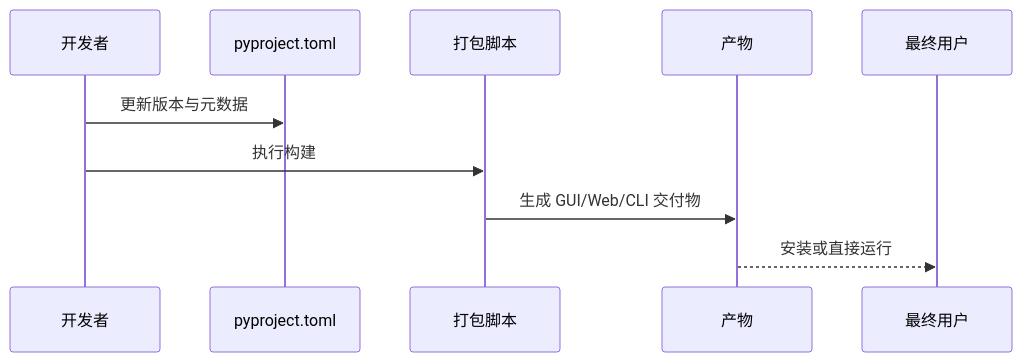
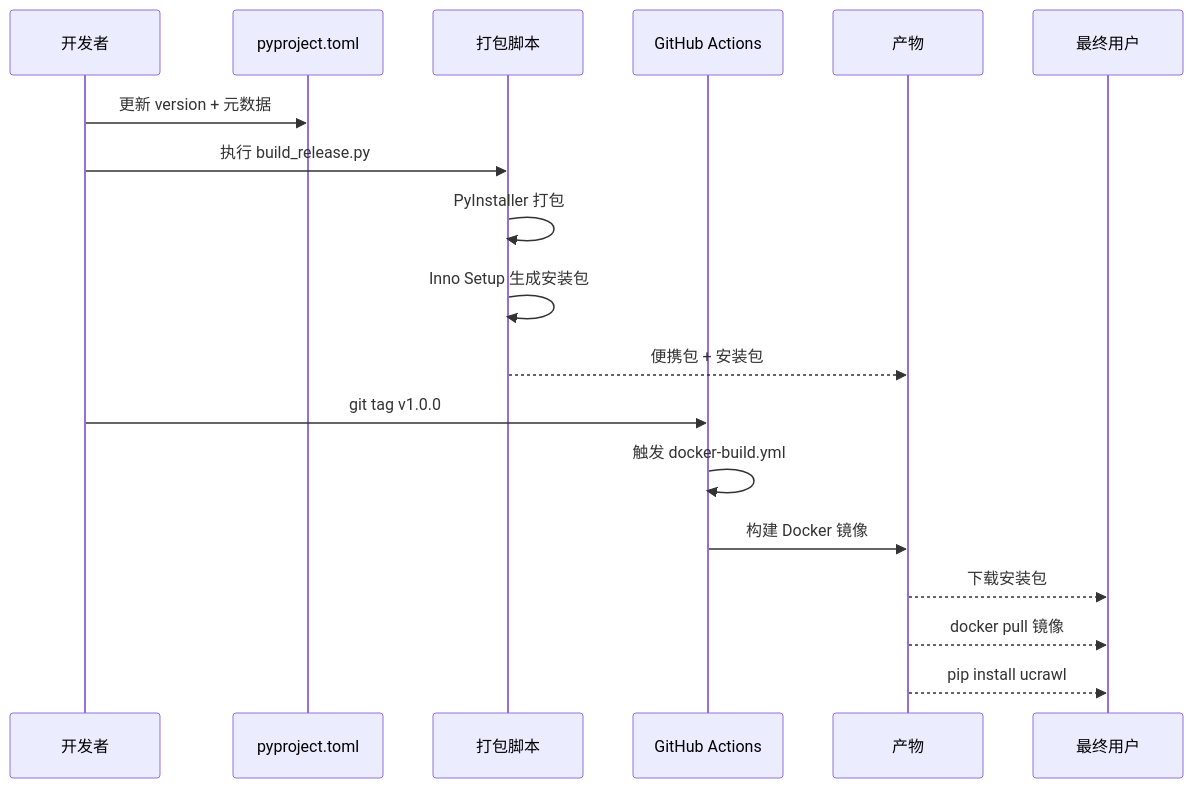
One commit to haohaizi554/UniversalCrawler changed the fifth of 5 diagrams in mermaid/10-packaging-and-delivery.md. Above: the diagram before and after it, drawn with Mermaid. The commit also changed other lines of this file and 78 other files, not shown here.

Commit message:
Sync local workspace: packaging adaptation, frontend hardening, and architecture review.

````diff
--- a/mermaid/10-packaging-and-delivery.md
+++ b/mermaid/10-packaging-and-delivery.md
@@ -44,13 +151,23 @@
 ```mermaid
 sequenceDiagram
     participant Dev as 开发者
-    participant Version as pyproject.toml
+    participant Ver as pyproject.toml
     participant Build as 打包脚本
+    participant CI as GitHub Actions
     participant Artifact as 产物
     participant User as 最终用户
 
-    Dev->>Version: 更新版本与元数据
-    Dev->>Build: 执行构建
-    Build->>Artifact: 生成 GUI/Web/CLI 交付物
-    Artifact-->>User: 安装或直接运行
+    Dev->>Ver: 更新 version + 元数据
+    Dev->>Build: 执行 build_release.py
+    Build->>Build: PyInstaller 打包
+    Build->>Build: Inno Setup 生成安装包
+    Build-->>Artifact: 便携包 + 安装包
+    
+    Dev->>CI: git tag v1.0.0
+    CI->>CI: 触发 docker-build.yml
+    CI->>Artifact: 构建 Docker 镜像
+    
+    Artifact-->>User: 下载安装包
+    Artifact-->>User: docker pull 镜像
+    Artifact-->>User: pip install ucrawl
 ```
````
